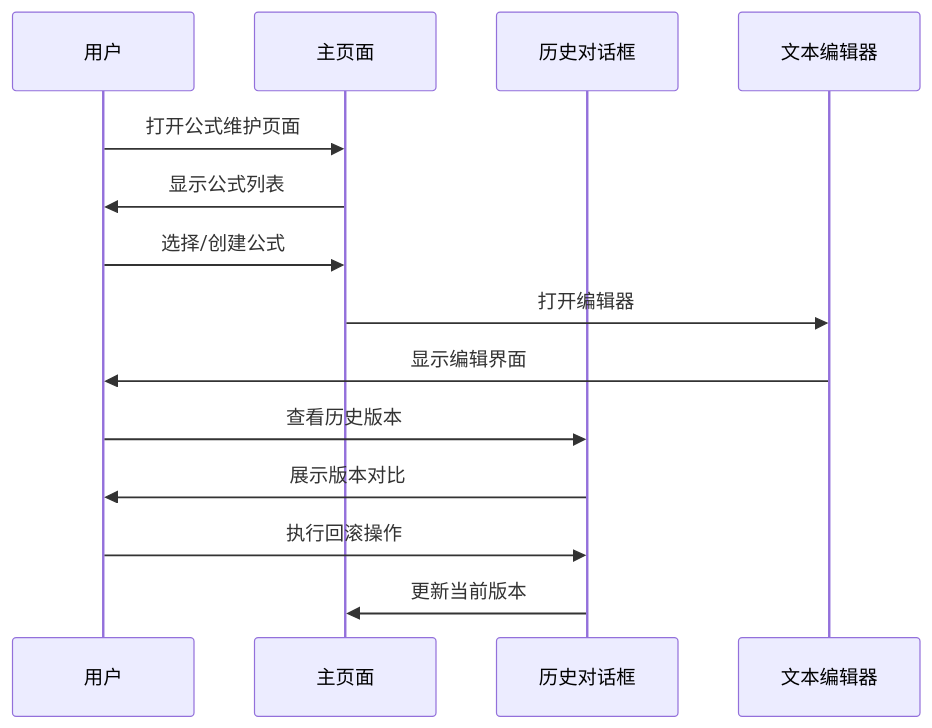
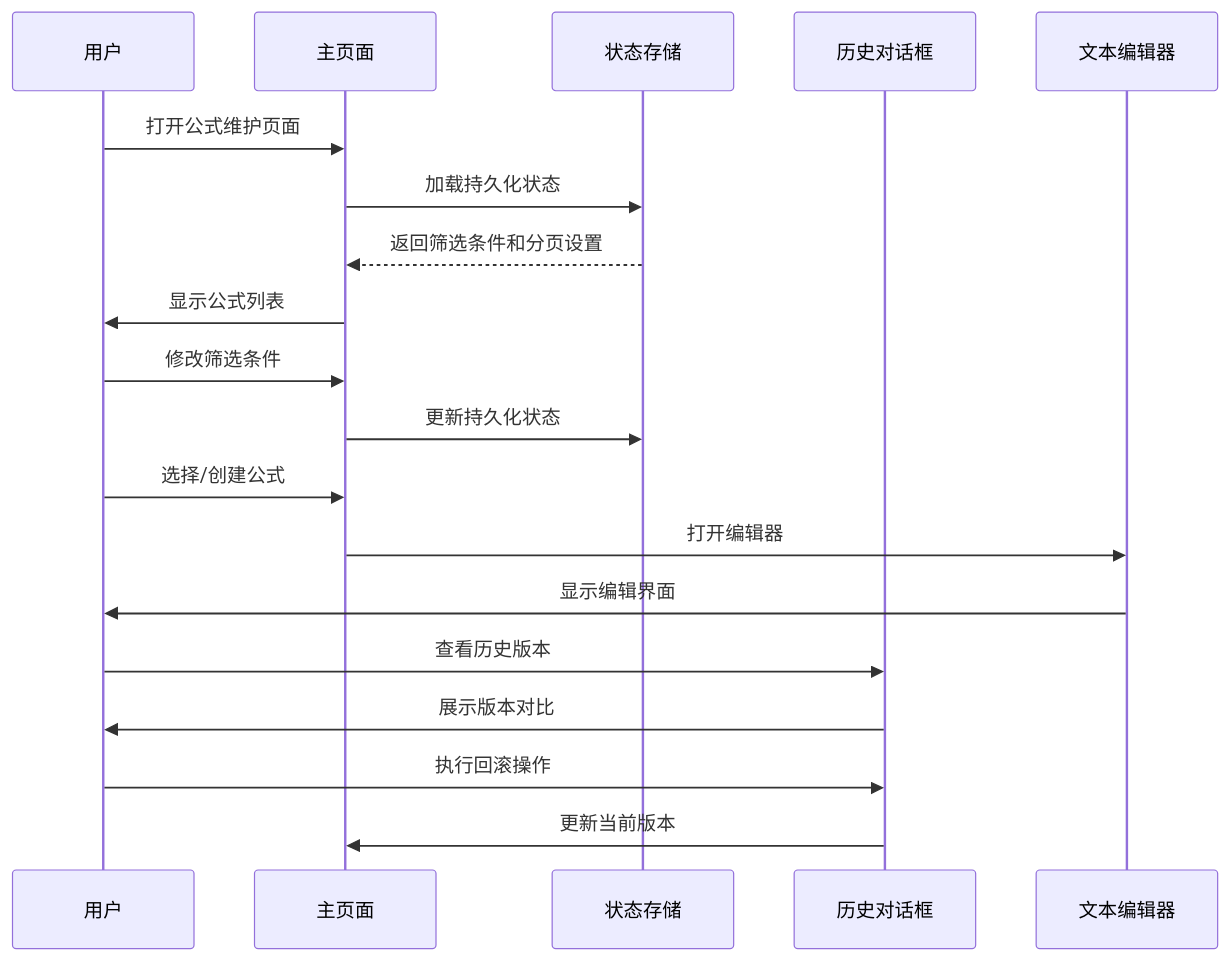
Before and after one commit to Damao997/newproject: the third of 3 diagrams in .qoder/repowiki/zh/content/页面组件/数据管理页面/公式维护页面.md, drawn with Mermaid. The commit also changed other lines of this file and 22 other files, not shown here.

````diff
--- a/.qoder/repowiki/zh/content/页面组件/数据管理页面/公式维护页面.md
+++ b/.qoder/repowiki/zh/content/页面组件/数据管理页面/公式维护页面.md
@@ -95,16 +152,21 @@
 ```mermaid
 sequenceDiagram
 participant U as 用户
 participant M as 主页面
+participant S as 状态存储
 participant H as 历史对话框
 participant T as 文本编辑器
 U->>M : 打开公式维护页面
+M->>S : 加载持久化状态
+S-->>M : 返回筛选条件和分页设置
 M->>U : 显示公式列表
+U->>M : 修改筛选条件
+M->>S : 更新持久化状态
 U->>M : 选择/创建公式
 M->>T : 打开编辑器
 T->>U : 显示编辑界面
 U->>H : 查看历史版本
 H->>U : 展示版本对比
 U->>H : 执行回滚操作
 H->>M : 更新当前版本
 ```
````
